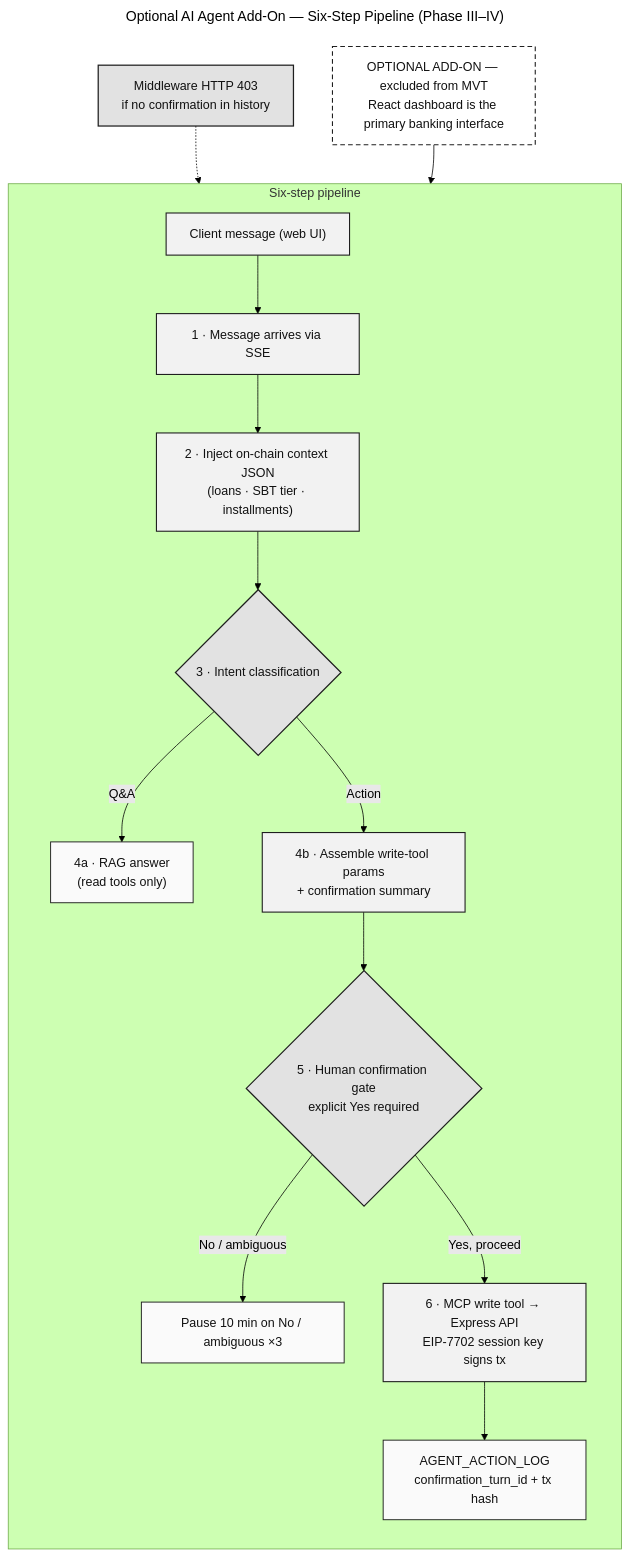
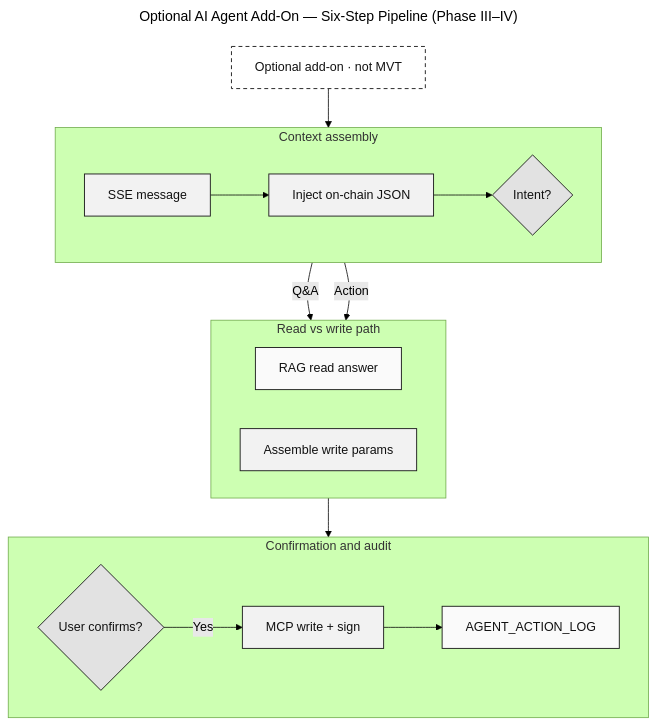
Before and after one commit to Yuvraajrahman/Cryto-World-Bank: the diagram in Documentation/Diagrams/mermaid-src/improved diagrams/fig-agent-six-step-pipeline.mmd, drawn with Mermaid (forest theme). The commit also changed 93 other files, not shown here.

First line of the commit message:
Add v30 thesis draft with Chapter 1 Mermaid diagrams and diagram pipeline updates.

```diff
--- a/Documentation/Diagrams/mermaid-src/improved diagrams/fig-agent-six-step-pipeline.mmd
+++ b/Documentation/Diagrams/mermaid-src/improved diagrams/fig-agent-six-step-pipeline.mmd
@@ -1,33 +1,34 @@
 ---
 title: Optional AI Agent Add-On — Six-Step Pipeline (Phase III–IV)
 ---
 flowchart TB
-    classDef step  fill:#F2F2F2,stroke:#1F1F1F,stroke-width:1.4px,color:#111111
-    classDef gate  fill:#E2E2E2,stroke:#1F1F1F,stroke-width:1.6px,color:#111111
+    classDef step  fill:#F2F2F2,stroke:#1F1F1F,stroke-width:1.2px,color:#111111
+    classDef gate  fill:#E2E2E2,stroke:#1F1F1F,stroke-width:1.2px,color:#111111
     classDef safe  fill:#FAFAFA,stroke:#1F1F1F,stroke-width:1.2px,color:#111111
-    classDef banner fill:#FFFFFF,stroke:#1F1F1F,stroke-width:1.4px,stroke-dasharray:6 4,color:#111111
+    classDef opt   fill:#FFFFFF,stroke:#1F1F1F,stroke-width:1.2px,color:#111111,stroke-dasharray:5 4
 
-    BAN["OPTIONAL ADD-ON — excluded from MVT<br/>React dashboard is the primary banking interface"]:::banner
-
-    subgraph MAIN[" Six-step pipeline "]
-        direction TB
-        U["Client message (web UI)"]:::step
-        S1["1 · Message arrives via SSE"]:::step
-        S2["2 · Inject on-chain context JSON<br/>(loans · SBT tier · installments)"]:::step
-        S3{"3 · Intent classification"}:::gate
-        S4["4a · RAG answer<br/>(read tools only)"]:::safe
-        S5["4b · Assemble write-tool params<br/>+ confirmation summary"]:::step
-        S6{"5 · Human confirmation gate<br/>explicit Yes required"}:::gate
-        S7["6 · MCP write tool → Express API<br/>EIP-7702 session key signs tx"]:::step
-        LOG["AGENT_ACTION_LOG<br/>confirmation_turn_id + tx hash"]:::safe
-        PAUSE["Pause 10 min on No / ambiguous ×3"]:::safe
-
-        U --> S1 --> S2 --> S3
-        S3 -- "Q&A" --> S4
-        S3 -- "Action" --> S5 --> S6
-        S6 -- "No / ambiguous" --> PAUSE
-        S6 -- "Yes, proceed" --> S7 --> LOG
+    subgraph INGEST[" Context assembly "]
+        direction LR
+        S1["SSE message"]:::step
+        S2["Inject on-chain JSON"]:::step
+        S3{"Intent?"}:::gate
+        S1 --> S2 --> S3
     end
 
-    MW["Middleware HTTP 403<br/>if no confirmation in history"]:::gate -.-> S7
-    BAN --> MAIN
+    subgraph ROUTE[" Read vs write path "]
+        direction LR
+        S4["RAG read answer"]:::safe
+        S5["Assemble write params"]:::step
+        S3 -- Q&A --> S4
+        S3 -- Action --> S5
+    end
+
+    subgraph EXEC[" Confirmation and audit "]
+        direction LR
+        S6{"User confirms?"}:::gate
+        S7["MCP write + sign"]:::step
+        LOG["AGENT_ACTION_LOG"]:::safe
+        S5 --> S6 -- Yes --> S7 --> LOG
+    end
+
+    OPT["Optional add-on · not MVT"]:::opt --> INGEST
```
